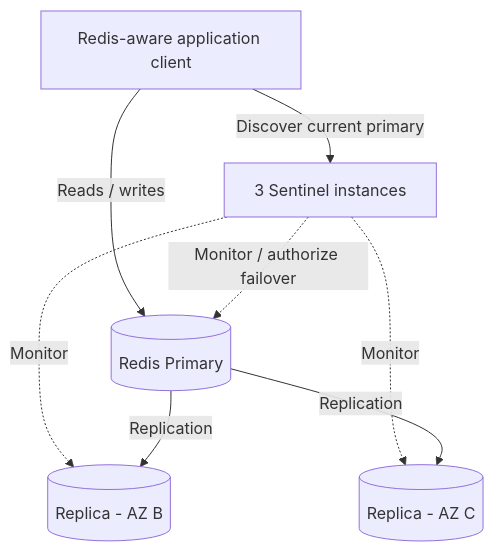
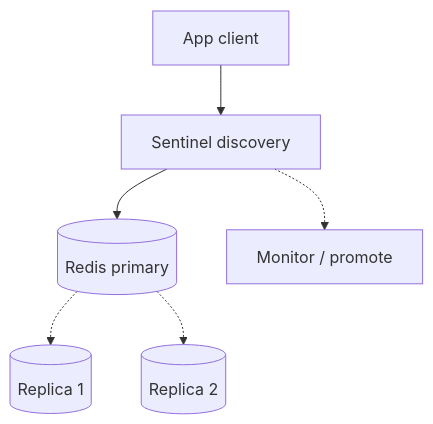
One commit to Johnybritto/system_design changed diagram 12 of 14 in system_design_notes/04_caching_strategies_redis_ha_failure_recovery_interview_notes.md. Above: the diagram before and after it, drawn with Mermaid. The commit also changed other lines of this file, not shown here.

Commit message:
docs: align caching guide with chat Q&A and simplify Mermaid diagrams

````diff
--- a/system_design_notes/04_caching_strategies_redis_ha_failure_recovery_interview_notes.md
+++ b/system_design_notes/04_caching_strategies_redis_ha_failure_recovery_interview_notes.md
@@ -340,15 +348,8 @@
 ```mermaid
 flowchart TD
-  A["Redis-aware application client"]
-  S["3 Sentinel instances"]
-  P[("Redis Primary")]
-  R1[("Replica - AZ B")]
-  R2[("Replica - AZ C")]
-  A -->|"Discover current primary"| S
-  A -->|"Reads / writes"| P
-  S -.->|"Monitor / authorize failover"| P
-  S -.->|"Monitor"| R1
-  S -.->|"Monitor"| R2
-  P -->|"Replication"| R1
-  P -->|"Replication"| R2
+  A["App client"] --> B["Sentinel discovery"]
+  B --> C[("Redis primary")]
+  C -.-> D[("Replica 1")]
+  C -.-> E[("Replica 2")]
+  B -.-> F["Monitor / promote"]
 ```
````
